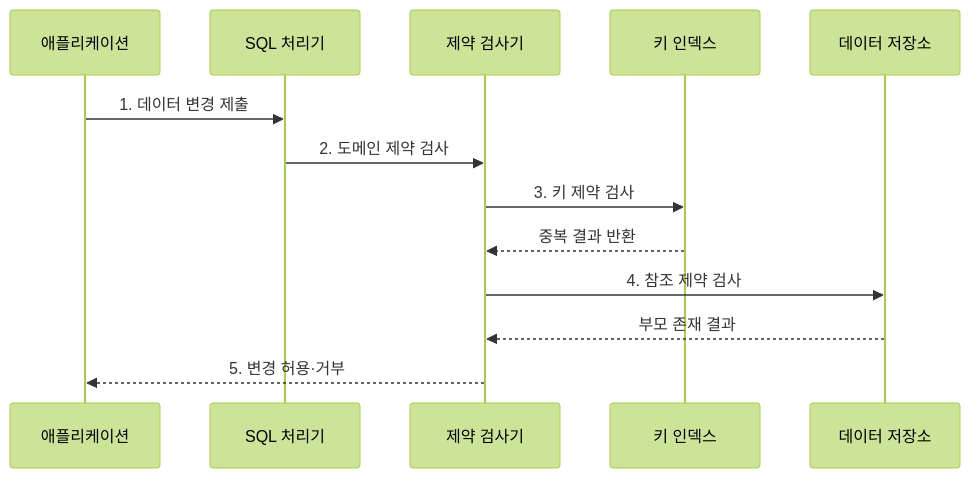
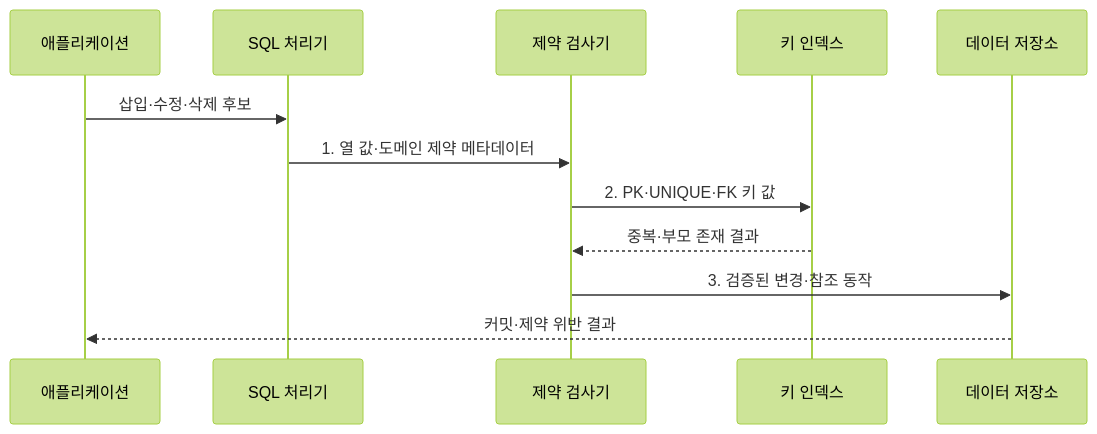
The second of 2 diagrams in src/content/docs/notes/03-software/091_database_integrity_constraints.md (agnusdei1207/knowledge-base), drawn with Mermaid (forest theme) before and after one commit. The commit also changed other lines of this file and 20 other files, not shown here.

````diff
--- a/src/content/docs/notes/03-software/091_database_integrity_constraints.md
+++ b/src/content/docs/notes/03-software/091_database_integrity_constraints.md
@@ -77,15 +88,14 @@
 ```mermaid
 sequenceDiagram
     participant APP as 애플리케이션
     participant SQL as SQL 처리기
     participant RULE as 제약 검사기
     participant IDX as 키 인덱스
     participant DATA as 데이터 저장소
-    APP->>SQL: 1. 데이터 변경 제출
-    SQL->>RULE: 2. 도메인 제약 검사
-    RULE->>IDX: 3. 키 제약 검사
-    IDX-->>RULE: 중복 결과 반환
-    RULE->>DATA: 4. 참조 제약 검사
-    DATA-->>RULE: 부모 존재 결과
-    RULE-->>APP: 5. 변경 허용·거부
+    APP->>SQL: 삽입·수정·삭제 후보
+    SQL->>RULE: 1. 열 값·도메인 제약 메타데이터
+    RULE->>IDX: 2. PK·UNIQUE·FK 키 값
+    IDX-->>RULE: 중복·부모 존재 결과
+    RULE->>DATA: 3. 검증된 변경·참조 동작
+    DATA-->>APP: 커밋·제약 위반 결과
 ```
````
